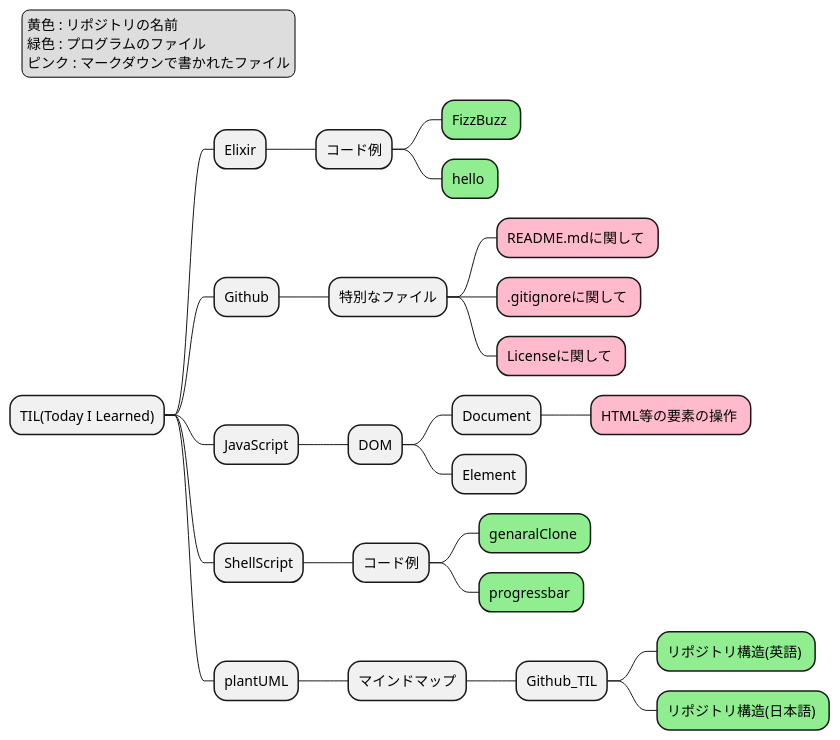
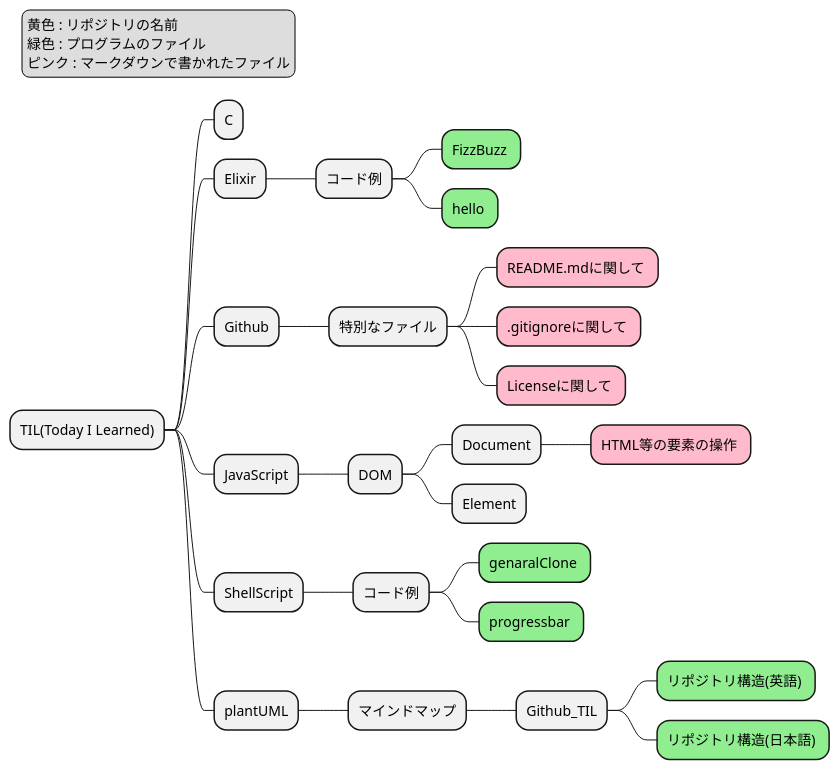
The diagram in plantUML/MindMap/Github_TIL/RepositoryStructureJ.puml (sudo-roa/TIL), drawn with PlantUML before and after one commit. The commit also changed 4 other files, not shown here.

```diff
--- a/plantUML/MindMap/Github_TIL/RepositoryStructureJ.puml
+++ b/plantUML/MindMap/Github_TIL/RepositoryStructureJ.puml
@@ -1,51 +1,53 @@
 @startmindmap RepositoryStructureJ
 
 <style>
 mindmapDiagram {
   .green {
     BackgroundColor #90ee90
   }
   .rose {
     BackgroundColor #FFBBCC
   }
 }
 </style>
 
 * TIL(Today I Learned)
+
+** C
 
 ** Elixir
 *** コード例
 **** FizzBuzz <<green>>
 **** hello <<green>>
 
 ** Github
 *** 特別なファイル
 **** README.mdに関して <<rose>>
 **** .gitignoreに関して <<rose>>
 **** Licenseに関して <<rose>>
 
 ** JavaScript
 *** DOM
 **** Document
 ***** HTML等の要素の操作 <<rose>>
 **** Element
 
 ** ShellScript
 *** コード例
 **** genaralClone <<green>>
 **** progressbar <<green>>
 
 ** plantUML
 *** マインドマップ
 **** Github_TIL
 ***** リポジトリ構造(英語) <<green>>
 ***** リポジトリ構造(日本語) <<green>>
 
 
 legend top left
     黄色 : リポジトリの名前
     緑色 : プログラムのファイル
     ピンク : マークダウンで書かれたファイル
 endlegend
 
 @endmindmap
```
